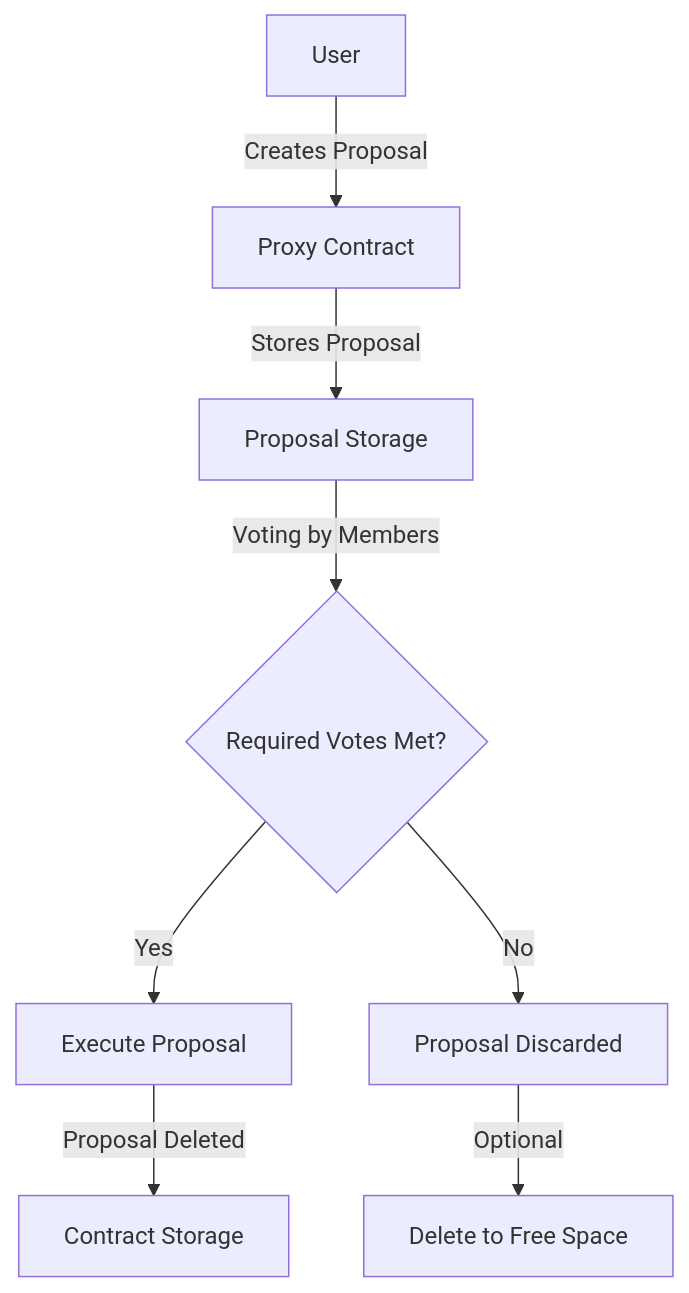
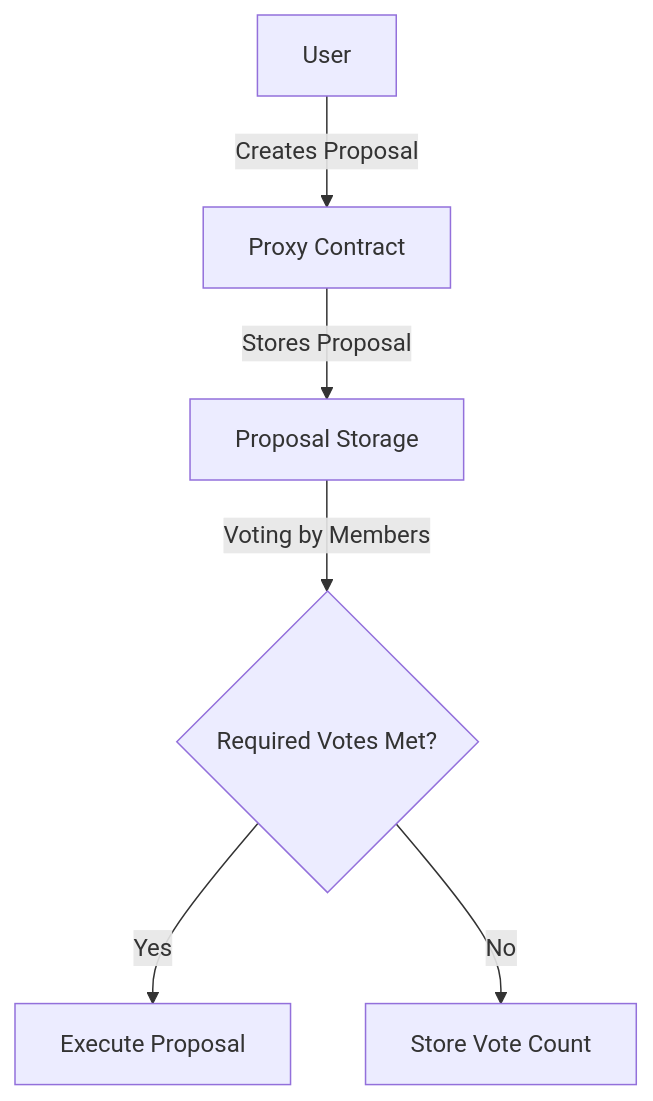
One commit to calimero-network/calimero-network.github.io changed the fifth of 7 diagrams in docs/03-core-concepts/06-blockchains-integration/01-blockchain-integration-general.mdx. Above: the diagram before and after it, drawn with Mermaid. The commit also changed other lines of this file, not shown here.

Commit message:
fixed graphs

````diff
--- a/docs/03-core-concepts/06-blockchains-integration/01-blockchain-integration-general.mdx
+++ b/docs/03-core-concepts/06-blockchains-integration/01-blockchain-integration-general.mdx
@@ -127,10 +127,8 @@
 ```mermaid
 graph TD
     A[User] -->|Creates Proposal| B[Proxy Contract]
     B -->|Stores Proposal| C[Proposal Storage]
     C -->|Voting by Members| D{Required Votes Met?}
     D -->|Yes| E[Execute Proposal]
-    E -->|Proposal Deleted| F[Contract Storage]
-    D -->|No| G[Proposal Discarded]
-    G -->|Optional| H[Delete to Free Space]
+    D -->|No| F[Store Vote Count]
 ```
````
